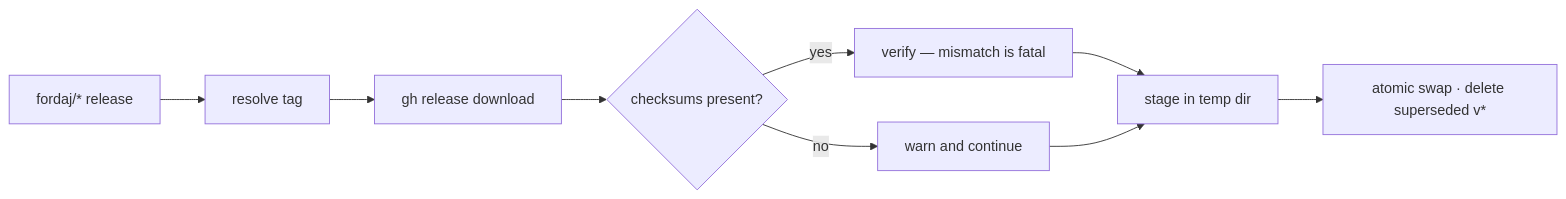
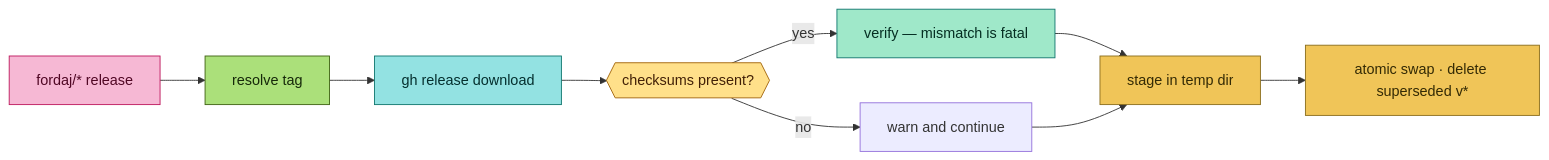
The diagram in tools/barnacle/update.sh.md (fordaj/barnacle), drawn with Mermaid before and after one commit. The commit also changed 23 other files, not shown here.

````diff
--- a/tools/barnacle/update.sh.md
+++ b/tools/barnacle/update.sh.md
@@ -3,11 +3,23 @@
 ```mermaid
 flowchart LR
-    Gh[fordaj/* release] --> Resolve[resolve tag]
-    Resolve --> Download[gh release download]
-    Download --> Check{checksums present?}
-    Check -->|yes| Verify[verify — mismatch is fatal]
+    Gh["fordaj/* release"] --> Resolve[resolve tag]
+    Resolve --> Download["gh release download"]
+    Download --> Check{{"checksums present?"}}
+    Check -->|yes| Verify["verify — mismatch is fatal"]
     Check -->|no| Warn[warn and continue]
-    Verify --> Stage[stage in temp dir]
+    Verify --> Stage["stage in temp dir"]
     Warn --> Stage
-    Stage --> Swap[atomic swap · delete superseded v*]
+    Stage --> Swap["atomic swap · delete superseded v*"]
+    class Gh tagNode
+    class Resolve shFile
+    class Download dlNode
+    class Check hexNode
+    class Verify checkNode
+    class Stage,Swap folder
+    classDef tagNode fill:#f6b8d4,stroke:#be185d,color:#500724
+    classDef shFile fill:#abe07a,stroke:#3f6212,color:#16280a
+    classDef dlNode fill:#93e2e2,stroke:#0f766e,color:#042f2e
+    classDef hexNode fill:#ffe08a,stroke:#a16207,color:#422006
+    classDef checkNode fill:#9fe8c9,stroke:#0f766e,color:#052e22
+    classDef folder fill:#f0c558,stroke:#8a6d1c,color:#332a05
 ```
````
